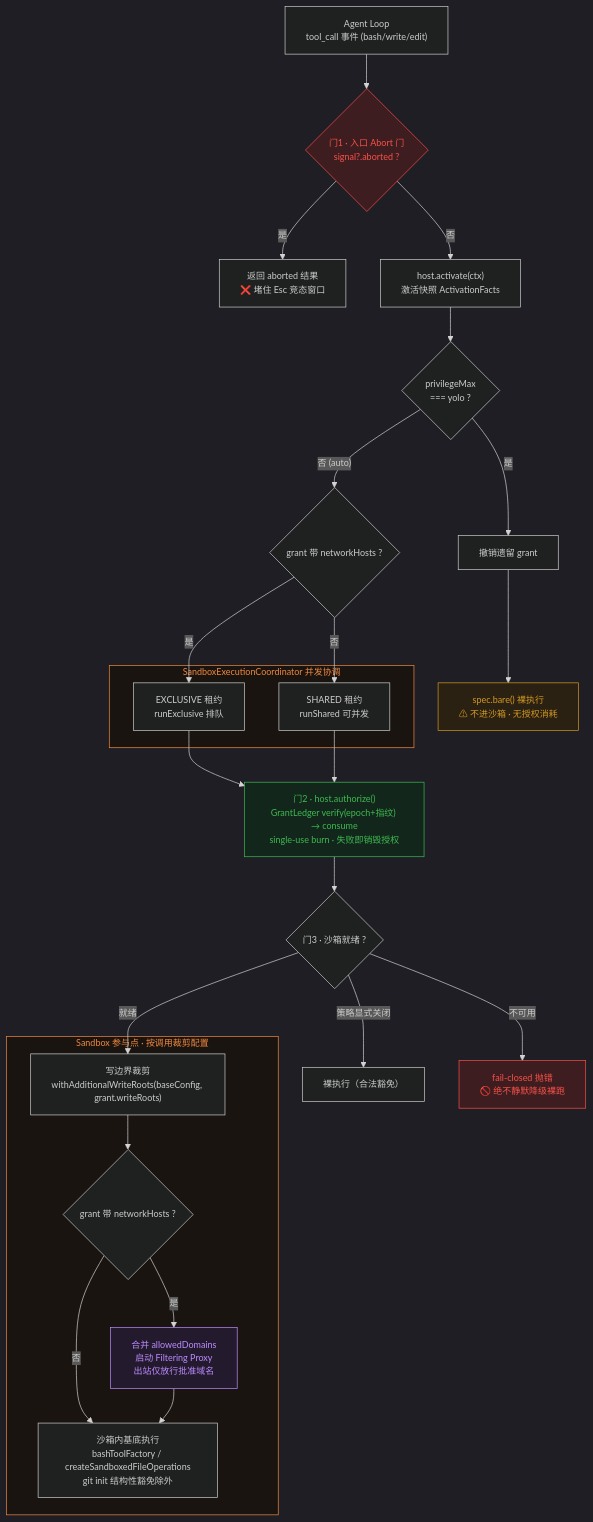
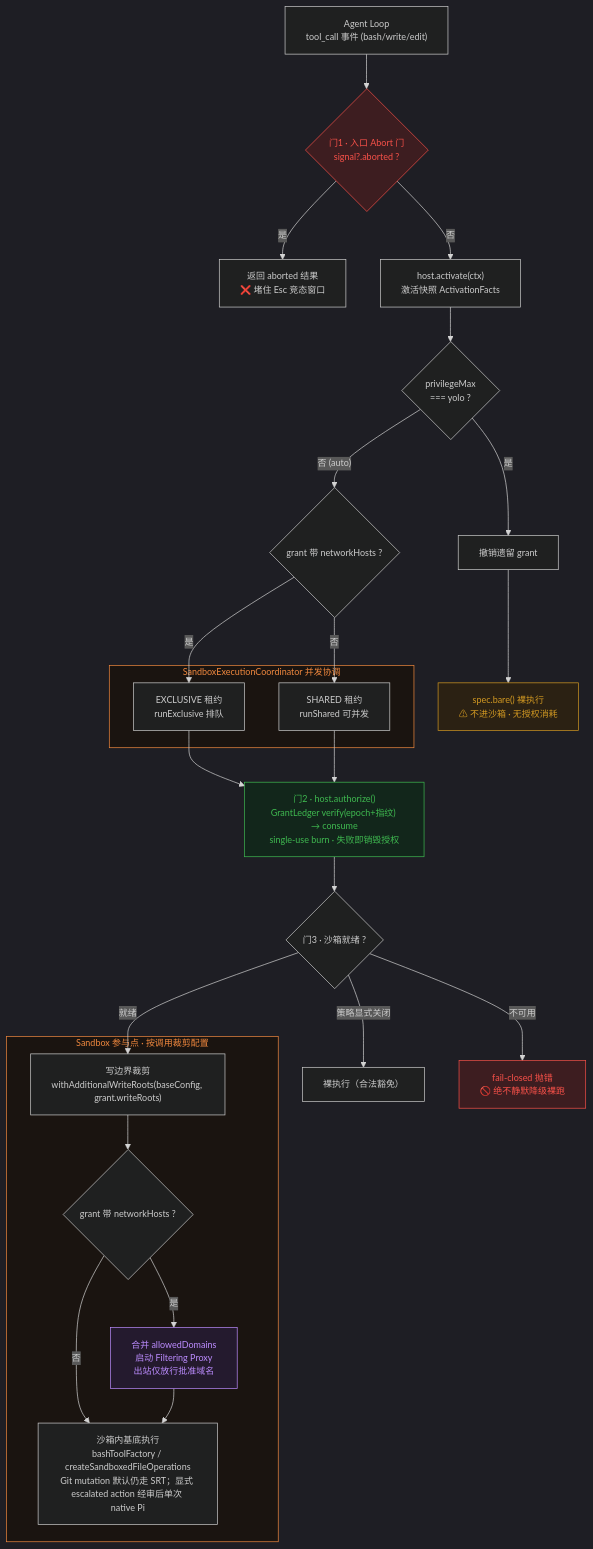
The diagram in extensions/pi-permissions/docs/tool-call-architecture.mmd (crunl/pi-ext-stuff), drawn with Mermaid before and after one commit. The commit also changed 28 other files, not shown here.

```diff
--- a/extensions/pi-permissions/docs/tool-call-architecture.mmd
+++ b/extensions/pi-permissions/docs/tool-call-architecture.mmd
@@ -1,47 +1,47 @@
 %%{init: {"theme": "dark", "themeVariables": { "fontSize": "13px" }}}%%
 flowchart TD
     LOOP["Agent Loop<br/>tool_call 事件 (bash/write/edit)"] --> GATE1{"门1 · 入口 Abort 门<br/>signal?.aborted ?"}
 
     GATE1 -- "是" --> ABORT["返回 aborted 结果<br/>❌ 堵住 Esc 竞态窗口"]
     GATE1 -- "否" --> ACT["host.activate(ctx)<br/>激活快照 ActivationFacts"]
 
     ACT --> YOLO{"privilegeMax<br/>=== yolo ?"}
 
     YOLO -- "是" --> REVOKE["撤销遗留 grant"] --> BARE["spec.bare() 裸执行<br/>⚠ 不进沙箱 · 无授权消耗"]
 
     YOLO -- "否 (auto)" --> LEASE{"grant 带 networkHosts ?"}
     LEASE -- "是" --> EXC["EXCLUSIVE 租约<br/>runExclusive 排队"]
     LEASE -- "否" --> SHR["SHARED 租约<br/>runShared 可并发"]
 
     EXC --> AUTH
     SHR --> AUTH
 
     subgraph COORD ["SandboxExecutionCoordinator 并发协调"]
         EXC
         SHR
     end
 
     AUTH["门2 · host.authorize()<br/>GrantLedger verify(epoch+指纹) → consume<br/>single-use burn · 失败即销毁授权"]
     AUTH --> SBREADY{"门3 · 沙箱就绪 ?"}
 
     SBREADY -- "策略显式关闭" --> BARE2["裸执行（合法豁免）"]
     SBREADY -- "不可用" --> FAIL["fail-closed 抛错<br/>🚫 绝不静默降级裸跑"]
     SBREADY -- "就绪" --> CARVE
 
     subgraph SANDBOX ["Sandbox 参与点 · 按调用裁剪配置"]
         CARVE["写边界裁剪<br/>withAdditionalWriteRoots(baseConfig, grant.writeRoots)"]
         CARVE --> NET{"grant 带 networkHosts ?"}
         NET -- "是" --> PROXY["合并 allowedDomains<br/>启动 Filtering Proxy<br/>出站仅放行批准域名"]
         NET -- "否" --> EXEC
         PROXY --> EXEC
     end
 
-    EXEC["沙箱内基底执行<br/>bashToolFactory / createSandboxedFileOperations<br/>git init 结构性豁免除外"]
+    EXEC["沙箱内基底执行<br/>bashToolFactory / createSandboxedFileOperations<br/>Git mutation 默认仍走 SRT；显式 escalated action 经审后单次 native Pi"]
 
     style GATE1 fill:#3d1d20,stroke:#f85149,color:#f85149
     style FAIL fill:#3d1d20,stroke:#f85149,color:#f85149
     style AUTH fill:#12261b,stroke:#3fb950,color:#3fb950
     style COORD fill:#1a1410,stroke:#f0883e,color:#f0883e
     style SANDBOX fill:#1a1410,stroke:#f0883e,color:#f0883e
     style PROXY fill:#241a2e,stroke:#bc8cff,color:#bc8cff
     style BARE fill:#2b2113,stroke:#d29922,color:#d29922
```
